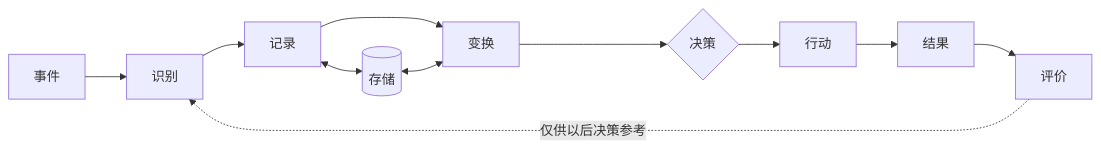
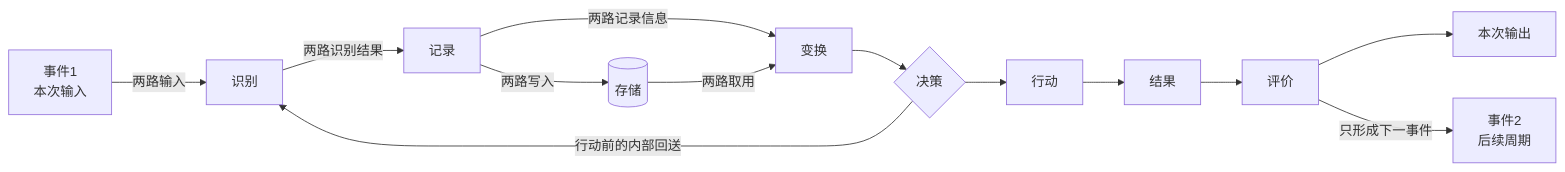
The fifth of 15 diagrams in 01.系统架构设计师教材-清洗版/第03章-信息系统基础知识.md (YoungHong1992/ruankao-senior-architecture-designer), drawn with Mermaid before and after one commit. The commit also changed other lines of this file and 14 other files, not shown here.

Commit message:
fix: restore source-backed diagrams and exam variants

````diff
--- a/01.系统架构设计师教材-清洗版/第03章-信息系统基础知识.md
+++ b/01.系统架构设计师教材-清洗版/第03章-信息系统基础知识.md
@@ -415,8 +415,13 @@
 ```mermaid
 flowchart LR
-    OE["事件"] --> OI["识别"] --> OR["记录"] --> OT["变换"] --> OD{"决策"}
+    OE1["事件1<br/>本次输入"] -->|"两路输入"| OI["识别"]
+    OI -->|"两路识别结果"| OR["记录"]
+    OR -->|"两路记录信息"| OT["变换"]
+    OT --> OD{"决策"}
     OD --> OA["行动"] --> OO["结果"] --> OV["评价"]
-    OR <--> OS[("存储")]
-    OS <--> OT
-    OV -. "仅供以后决策参考" .-> OI
+    OD -->|"行动前的内部回送"| OI
+    OR -->|"两路写入"| OS[("存储")]
+    OS -->|"两路取用"| OT
+    OV --> OOut["本次输出"]
+    OV -->|"只形成下一事件"| OE2["事件2<br/>后续周期"]
 ```
````
